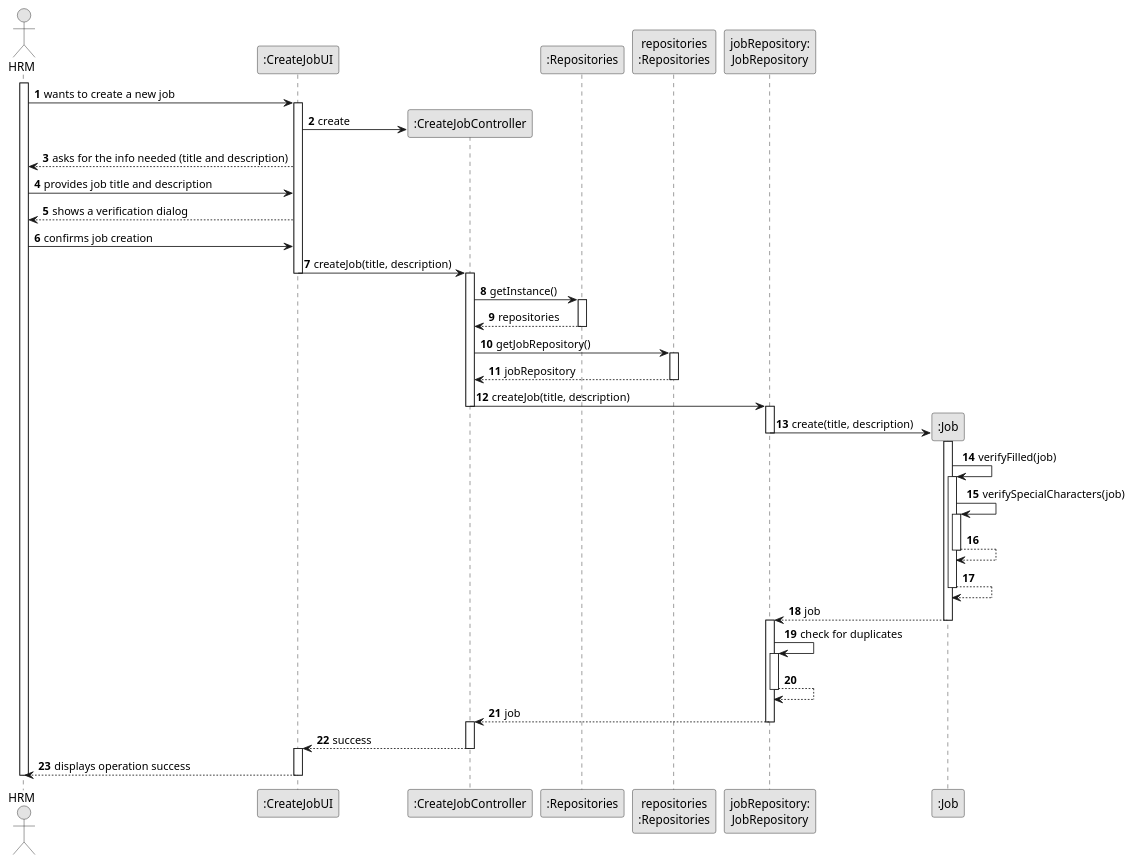
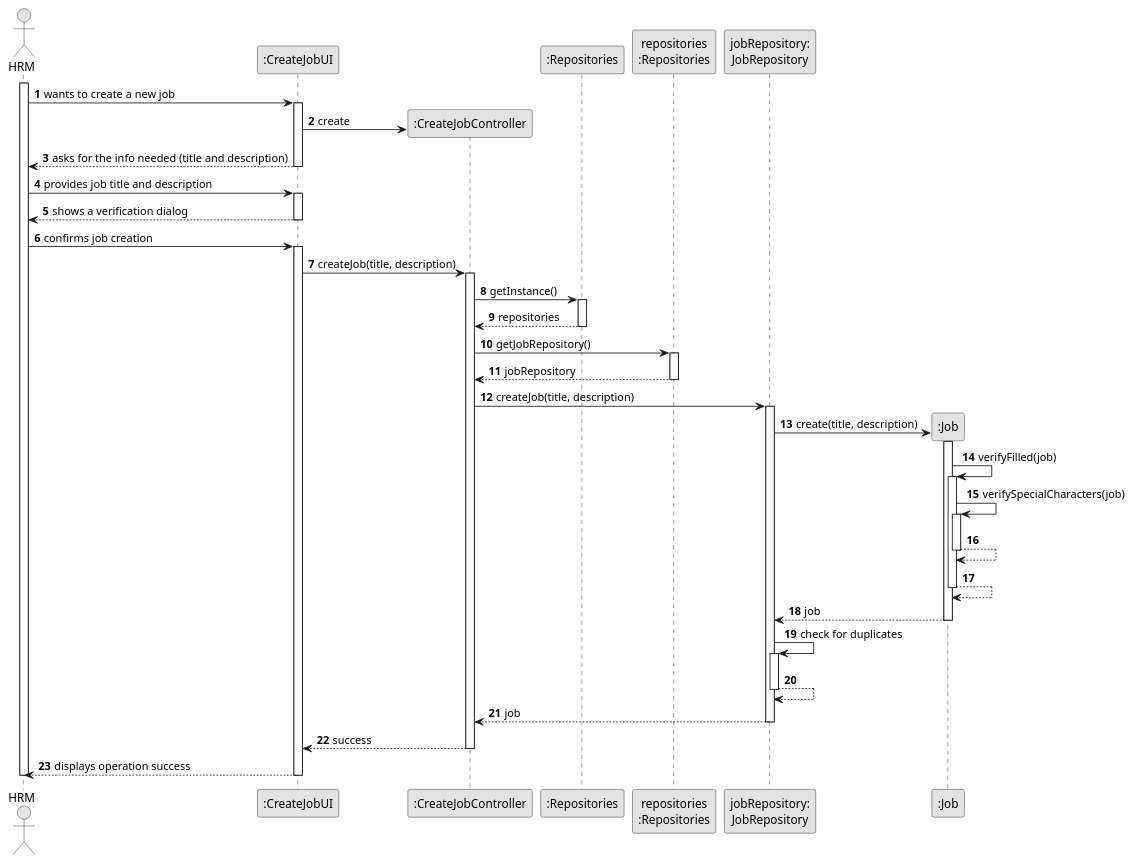
Before and after one commit to ricardomm7/leaflink: the diagram in docs/sprintB/us002/03.design/puml/us002-sequence-diagram-full.puml, drawn with PlantUML. The commit also changed 10 other files, not shown here.

```diff
--- a/docs/sprintB/us002/03.design/puml/us002-sequence-diagram-full.puml
+++ b/docs/sprintB/us002/03.design/puml/us002-sequence-diagram-full.puml
@@ -1,80 +1,91 @@
 @startuml
 skinparam monochrome true
 skinparam packageStyle rectangle
 skinparam shadowing false
 
 autonumber
 
 'hide footbox
 actor "HRM" as Employee
 participant ":CreateJobUI" as UI
 participant ":CreateJobController" as CTRL
 participant ":Repositories" as GlobRepo
 participant "repositories\n:Repositories" as PLAT
 participant "jobRepository:\nJobRepository" as jobRepository
 participant ":Job" as Job
 
 activate Employee
+
 Employee -> UI : wants to create a new job
 activate UI
+
 UI -> CTRL** : create
+
 UI --> Employee : asks for the info needed (title and description)
+deactivate UI
+
 Employee -> UI : provides job title and description
+activate UI
+
 UI --> Employee : shows a verification dialog
+deactivate UI
+
 Employee -> UI : confirms job creation
-
+activate UI
 
 UI -> CTRL : createJob(title, description)
-deactivate UI
 activate CTRL
+
 CTRL -> GlobRepo : getInstance()
 activate GlobRepo
+
 GlobRepo --> CTRL : repositories
 deactivate GlobRepo
 
 CTRL -> PLAT : getJobRepository()
 activate PLAT
+
 PLAT -->  CTRL: jobRepository
 deactivate PLAT
 
 CTRL -> jobRepository : createJob(title, description)
-deactivate CTRL
 activate jobRepository
 
     jobRepository -> Job** : create(title, description)
-    deactivate jobRepository
-
         activate Job
 
     Job -> Job : verifyFilled(job)
         activate Job
+
         Job -> Job : verifySpecialCharacters(job)
         activate Job
+
         Job --> Job
         deactivate Job
+
     Job --> Job
     deactivate Job
+
     'Job -> Job : addJob(job)
     Job --> jobRepository : job
     deactivate Job
-    activate jobRepository
+
 
     jobRepository -> jobRepository : check for duplicates
     activate jobRepository
+
     jobRepository --> jobRepository
     deactivate jobRepository
-    deactivate Job
+
 jobRepository --> CTRL : job
-deactivate jobRepository
-activate CTRL
 deactivate jobRepository
 
 CTRL --> UI : success
 deactivate CTRL
-activate UI
+
 UI --> Employee : displays operation success
 
 deactivate UI
 deactivate Employee
 
 @enduml
```
